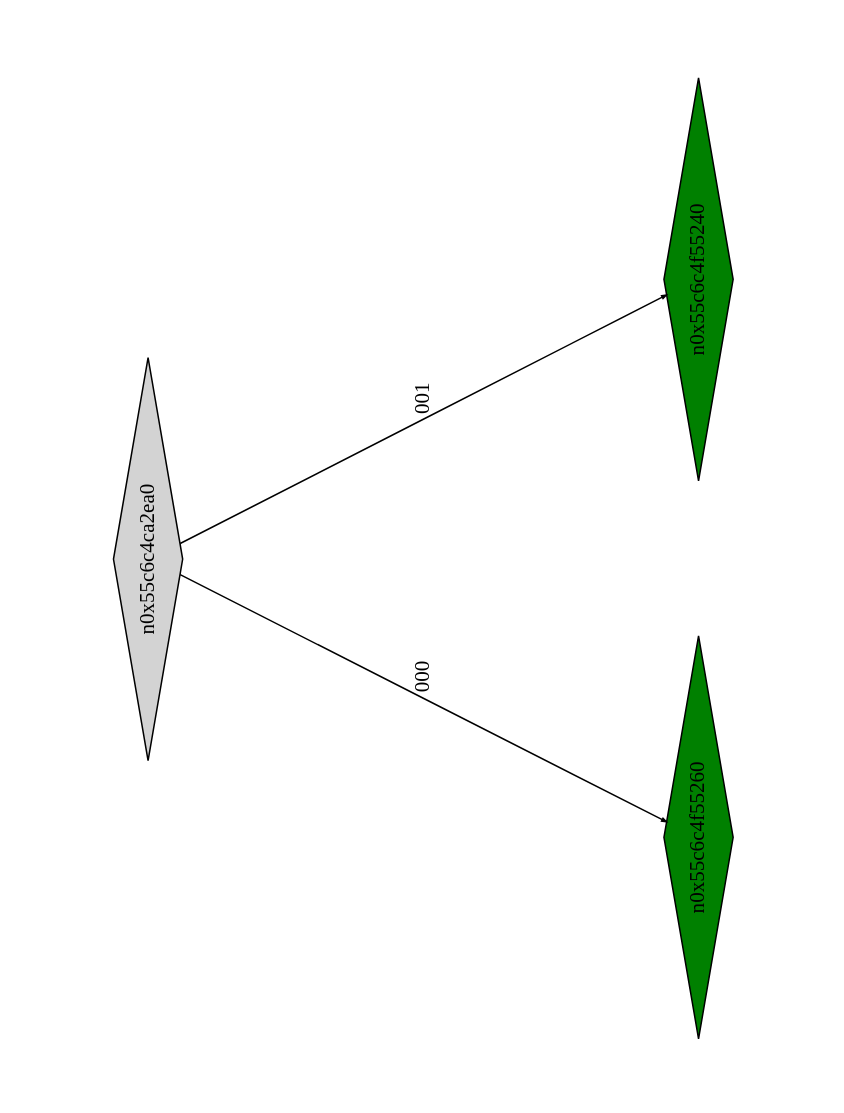
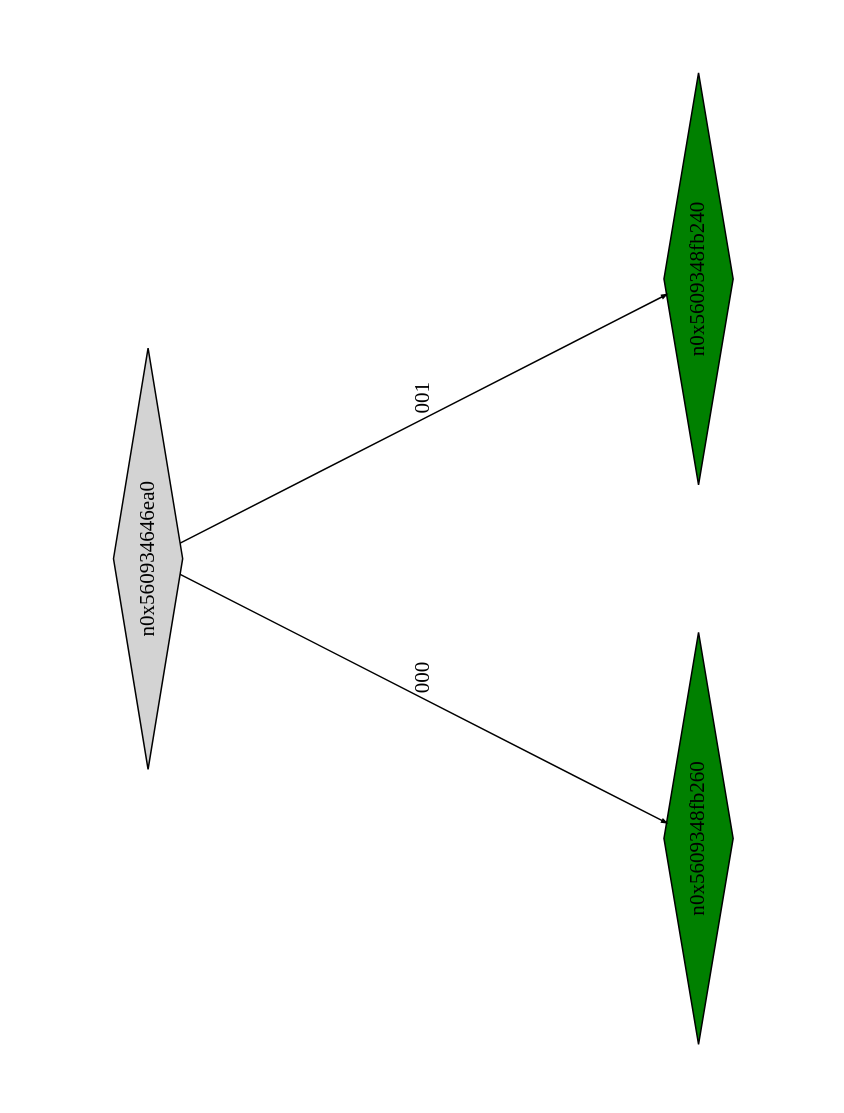
Before and after one commit to Research-Tools-PAVT/PSE-Program-Examples: the diagram in montyhall_klee_out/ptree_00000795.dot, drawn with Graphviz. The commit also changed 80 other files, not shown here.

```diff
--- a/montyhall_klee_out/ptree_00000795.dot
+++ b/montyhall_klee_out/ptree_00000795.dot
@@ -1,13 +1,13 @@
 digraph G {
 	size="10,7.5";
 	ratio=fill;
 	rotate=90;
 	center = "true";
 	node [style="filled",width=.1,height=.1,fontname="Terminus"]
 	edge [arrowsize=.3]
-	n0x55c6c4ca2ea0 [shape=diamond];
-	n0x55c6c4ca2ea0 -> n0x55c6c4f55260 [label=000];
-	n0x55c6c4ca2ea0 -> n0x55c6c4f55240 [label=001];
-	n0x55c6c4f55240 [shape=diamond,fillcolor=green];
-	n0x55c6c4f55260 [shape=diamond,fillcolor=green];
+	n0x560934646ea0 [shape=diamond];
+	n0x560934646ea0 -> n0x5609348fb260 [label=000];
+	n0x560934646ea0 -> n0x5609348fb240 [label=001];
+	n0x5609348fb240 [shape=diamond,fillcolor=green];
+	n0x5609348fb260 [shape=diamond,fillcolor=green];
 }
```
